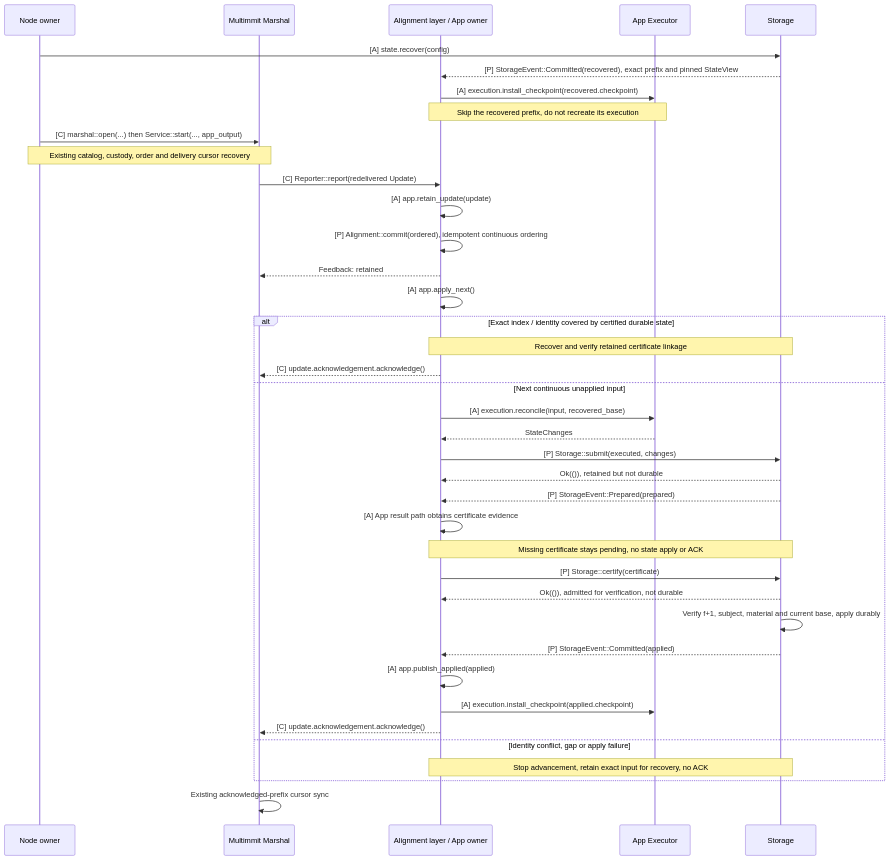
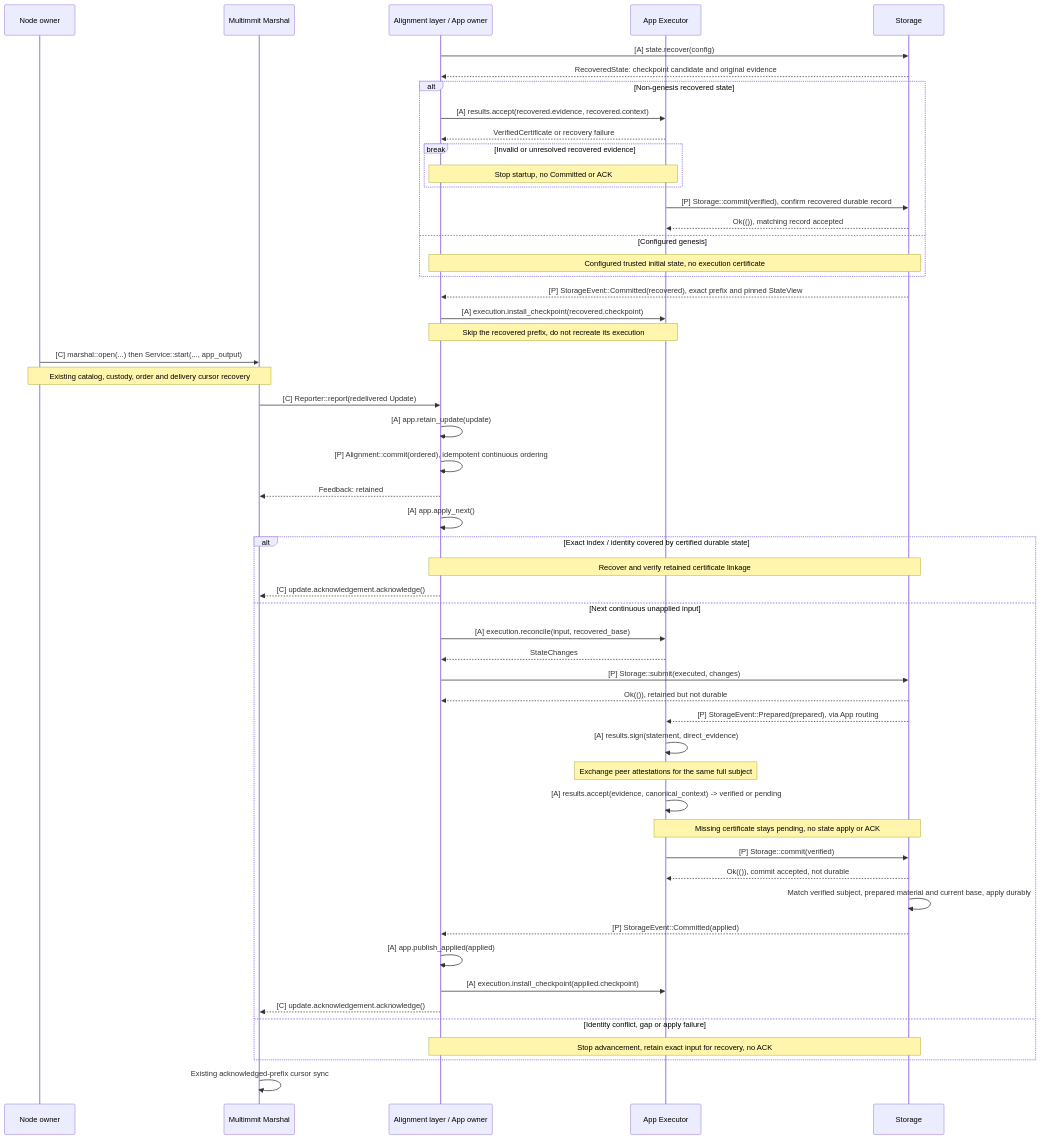
Before and after one commit to djm07073/baton: the diagram in docs/assets/diagrams/diagram-10.mmd, drawn with Mermaid. The commit also changed 175 other files, not shown here.

Commit message:
docs: visualize Baton flows and clarify executor certification

```diff
--- a/docs/assets/diagrams/diagram-10.mmd
+++ b/docs/assets/diagrams/diagram-10.mmd
@@ -1,39 +1,53 @@
 sequenceDiagram
     participant O as Node owner
     participant M as Multimmit Marshal
     participant A as Alignment layer / App owner
     participant E as App Executor
     participant S as Storage
-    O->>S: [A] state.recover(config)
+    A->>S: [A] state.recover(config)
+    S-->>A: RecoveredState: checkpoint candidate and original evidence
+    alt Non-genesis recovered state
+        A->>E: [A] results.accept(recovered.evidence, recovered.context)
+        E-->>A: VerifiedCertificate or recovery failure
+        break Invalid or unresolved recovered evidence
+            Note over A,E: Stop startup, no Committed or ACK
+        end
+        E->>S: [P] Storage::commit(verified), confirm recovered durable record
+        S-->>E: Ok(()), matching record accepted
+    else Configured genesis
+        Note over A,S: Configured trusted initial state, no execution certificate
+    end
     S-->>A: [P] StorageEvent::Committed(recovered), exact prefix and pinned StateView
     A->>E: [A] execution.install_checkpoint(recovered.checkpoint)
     Note over A,E: Skip the recovered prefix, do not recreate its execution
     O->>M: [C] marshal::open(...) then Service::start(..., app_output)
     Note over O,M: Existing catalog, custody, order and delivery cursor recovery
     M->>A: [C] Reporter::report(redelivered Update)
     A->>A: [A] app.retain_update(update)
     A->>A: [P] Alignment::commit(ordered), idempotent continuous ordering
     A-->>M: Feedback: retained
     A->>A: [A] app.apply_next()
     alt Exact index / identity covered by certified durable state
         Note over A,S: Recover and verify retained certificate linkage
         A-->>M: [C] update.acknowledgement.acknowledge()
     else Next continuous unapplied input
         A->>E: [A] execution.reconcile(input, recovered_base)
         E-->>A: StateChanges
         A->>S: [P] Storage::submit(executed, changes)
         S-->>A: Ok(()), retained but not durable
-        S-->>A: [P] StorageEvent::Prepared(prepared)
-        A->>A: [A] App result path obtains certificate evidence
-        Note over A,S: Missing certificate stays pending, no state apply or ACK
-        A->>S: [P] Storage::certify(certificate)
-        S-->>A: Ok(()), admitted for verification, not durable
-        S->>S: Verify f+1, subject, material and current base, apply durably
+        S-->>E: [P] StorageEvent::Prepared(prepared), via App routing
+        E->>E: [A] results.sign(statement, direct_evidence)
+        Note over E: Exchange peer attestations for the same full subject
+        E->>E: [A] results.accept(evidence, canonical_context) -> verified or pending
+        Note over E,S: Missing certificate stays pending, no state apply or ACK
+        E->>S: [P] Storage::commit(verified)
+        S-->>E: Ok(()), commit accepted, not durable
+        S->>S: Match verified subject, prepared material and current base, apply durably
         S-->>A: [P] StorageEvent::Committed(applied)
         A->>A: [A] app.publish_applied(applied)
         A->>E: [A] execution.install_checkpoint(applied.checkpoint)
         A-->>M: [C] update.acknowledgement.acknowledge()
     else Identity conflict, gap or apply failure
         Note over A,S: Stop advancement, retain exact input for recovery, no ACK
     end
     M->>M: Existing acknowledged-prefix cursor sync
```
